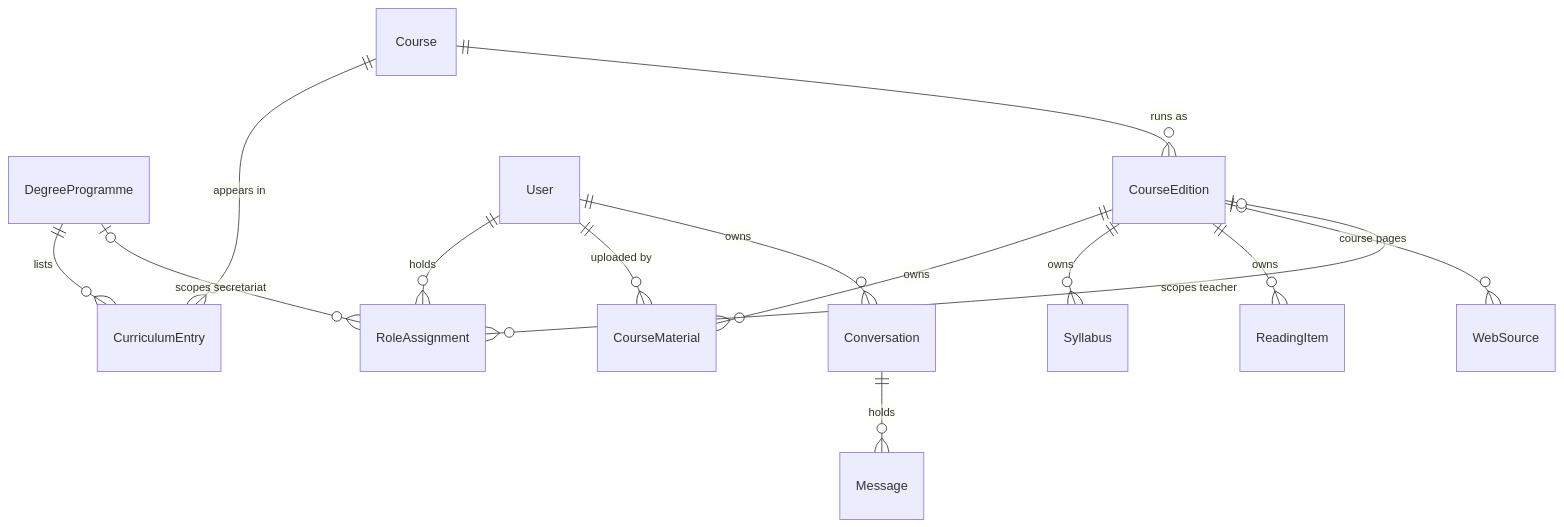
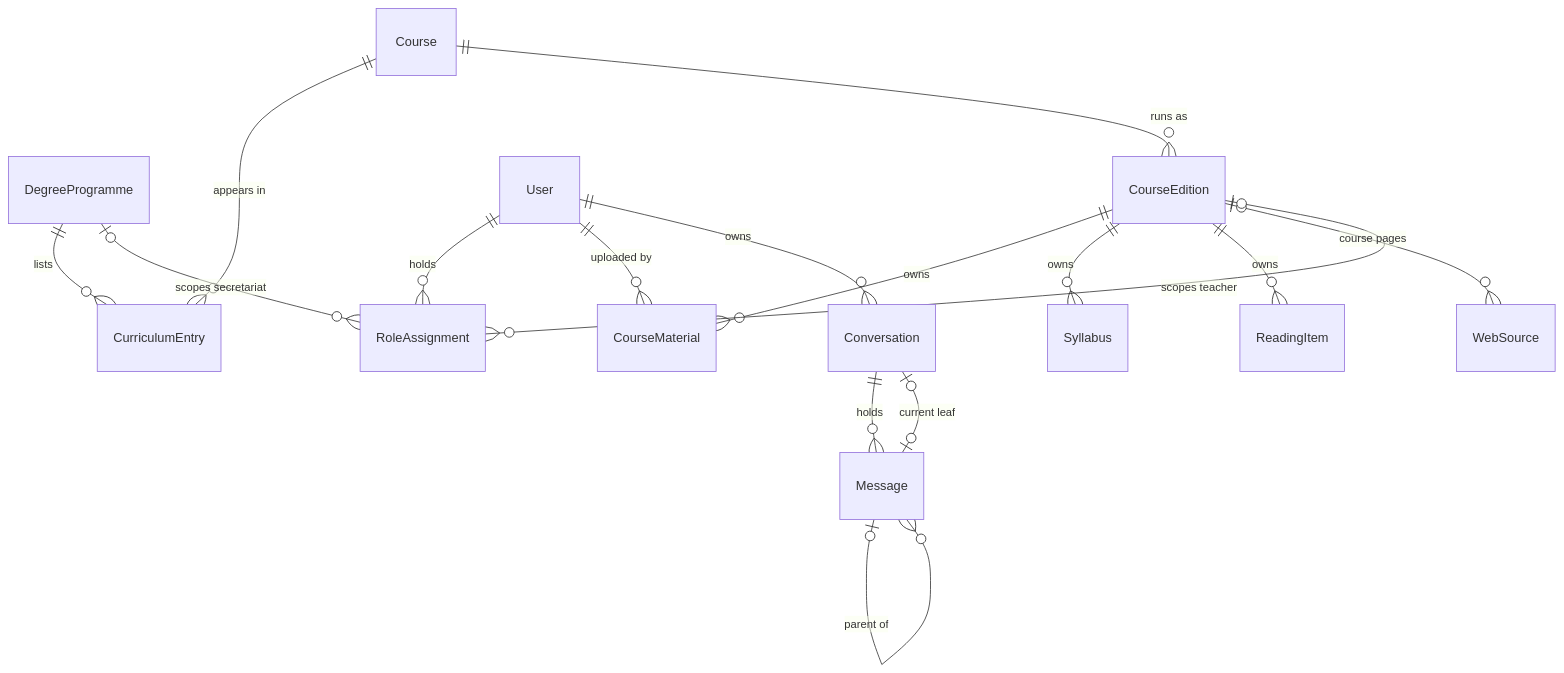
Before and after one commit to Zhengjunliang/multilingual-course-assistant: the diagram in docs/data-model.md, drawn with Mermaid. The commit also changed other lines of this file and 36 other files, not shown here.

````diff
--- a/docs/data-model.md
+++ b/docs/data-model.md
@@ -11,16 +11,18 @@
 ```mermaid
 erDiagram
     DegreeProgramme ||--o{ CurriculumEntry : lists
     Course ||--o{ CurriculumEntry : "appears in"
     Course ||--o{ CourseEdition : "runs as"
     CourseEdition ||--o{ CourseMaterial : owns
     CourseEdition ||--o{ Syllabus : owns
     CourseEdition ||--o{ ReadingItem : owns
     CourseEdition |o--o{ WebSource : "course pages"
     User ||--o{ RoleAssignment : holds
     DegreeProgramme |o--o{ RoleAssignment : "scopes secretariat"
     CourseEdition |o--o{ RoleAssignment : "scopes teacher"
     User ||--o{ CourseMaterial : "uploaded by"
     User ||--o{ Conversation : owns
     Conversation ||--o{ Message : holds
+    Message |o--o{ Message : "parent of"
+    Conversation |o--o| Message : "current leaf"
 ```
````
